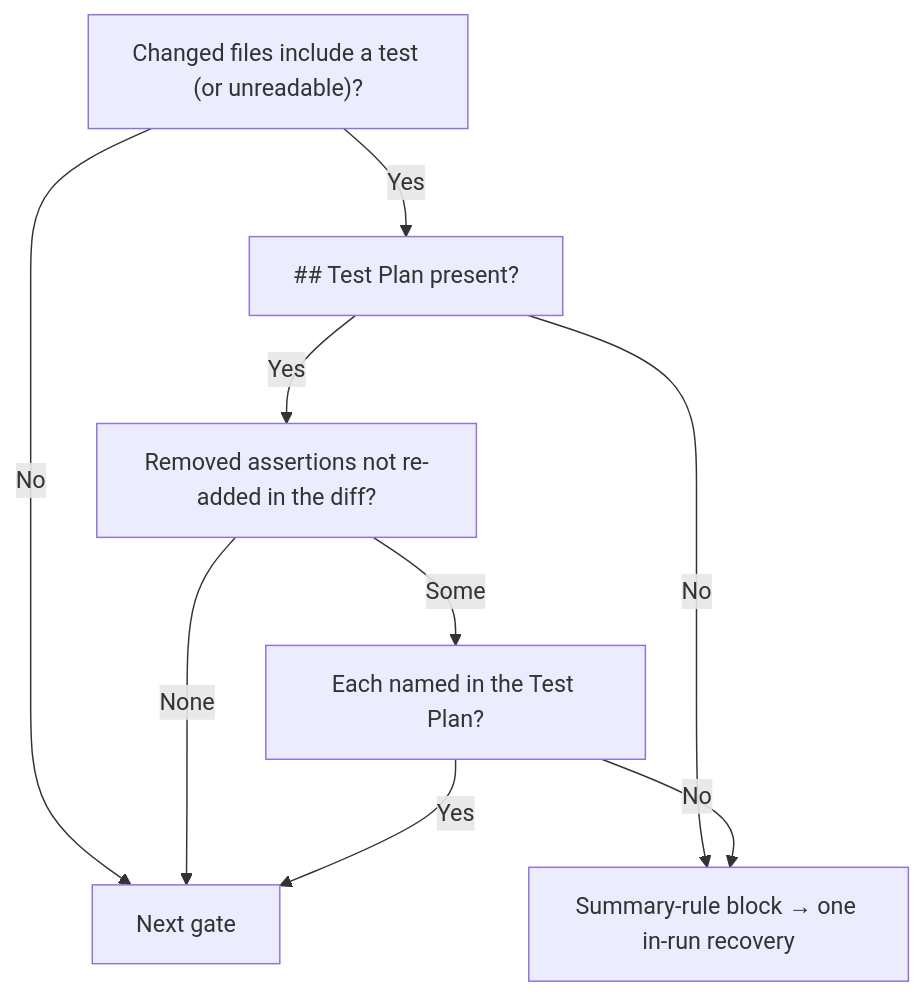
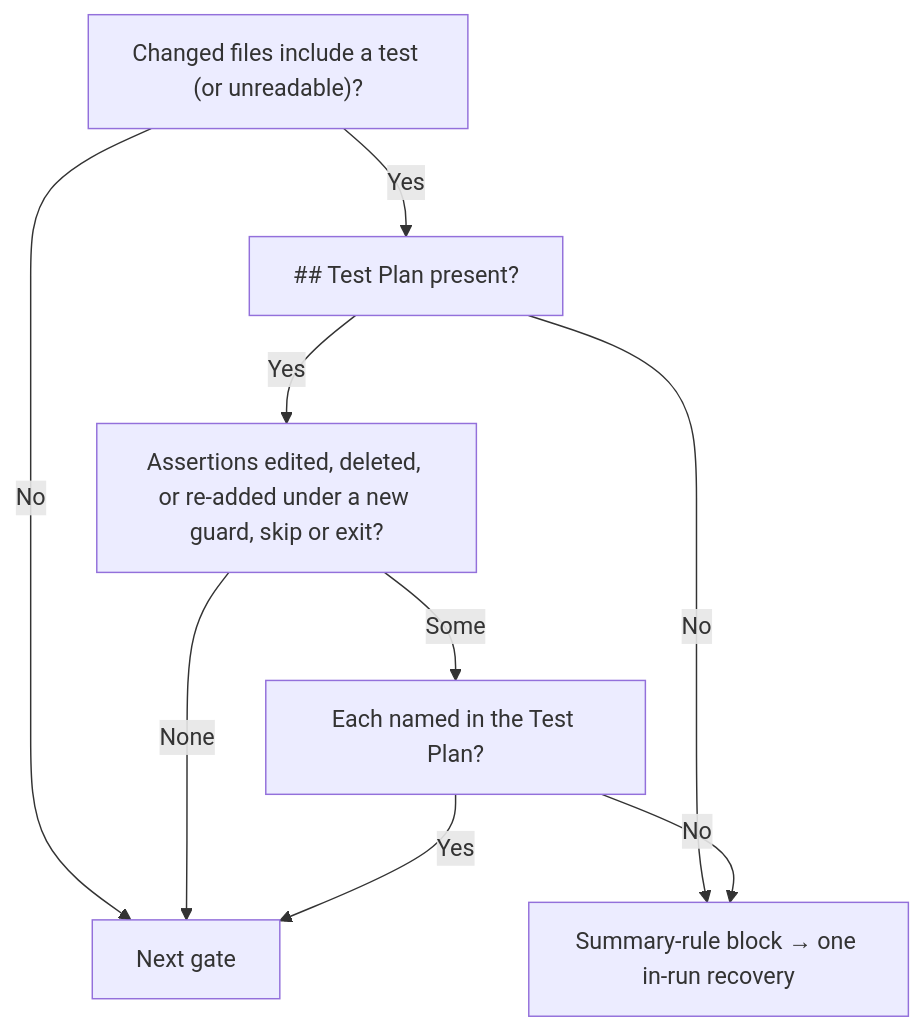
Before and after one commit to stSoftwareAU/VibeCoder: the diagram in docs/archive/pr-summaries/pr-summary-3131.md, drawn with Mermaid. The commit also changed other lines of this file and 6 other files, not shown here.

````diff
--- a/docs/archive/pr-summaries/pr-summary-3131.md
+++ b/docs/archive/pr-summaries/pr-summary-3131.md
@@ -69,11 +82,11 @@
 ```mermaid
 flowchart TD
   A["Changed files include a test (or unreadable)?"] -->|No| Z["Next gate"]
   A -->|Yes| B["## Test Plan present?"]
   B -->|No| X["Summary-rule block → one in-run recovery"]
-  B -->|Yes| C["Removed assertions not re-added in the diff?"]
+  B -->|Yes| C["Assertions edited, deleted, or re-added under a new guard, skip or exit?"]
   C -->|None| Z
   C -->|Some| D["Each named in the Test Plan?"]
   D -->|Yes| Z
   D -->|No| X
 ```
````
